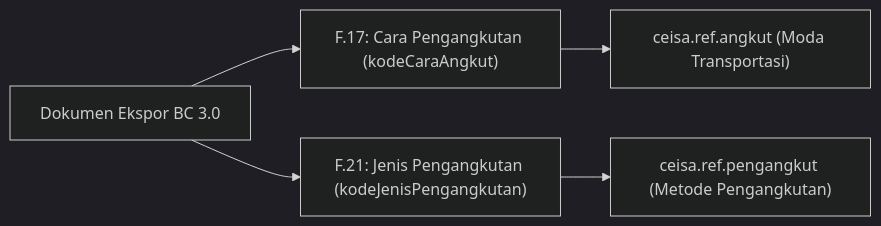
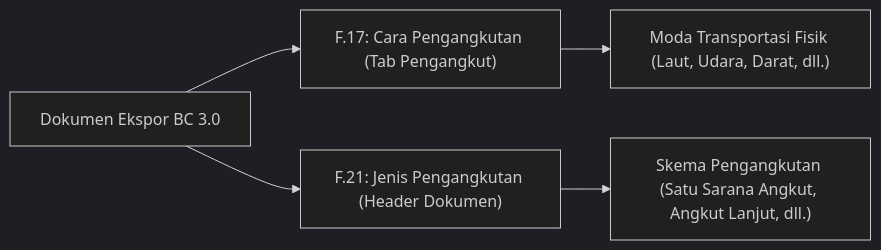
One commit to imamerpi/bzone_docs changed the diagram in id/djbc_ceisa_expor/ketentuan_ekspor_biasa_dan_pkb.md. Above: the diagram before and after it, drawn with Mermaid (dark theme). The commit also changed other lines of this file and 9 other files, not shown here.

````diff
--- a/id/djbc_ceisa_expor/ketentuan_ekspor_biasa_dan_pkb.md
+++ b/id/djbc_ceisa_expor/ketentuan_ekspor_biasa_dan_pkb.md
@@ -64,7 +59,7 @@
 ```mermaid
 graph LR
-    A["Dokumen Ekspor BC 3.0"] --> B["F.17: Cara Pengangkutan (kodeCaraAngkut)"]
-    A --> C["F.21: Jenis Pengangkutan (kodeJenisPengangkutan)"]
-    B --> D["ceisa.ref.angkut (Moda Transportasi)"]
-    C --> E["ceisa.ref.pengangkut (Metode Pengangkutan)"]
+    A["Dokumen Ekspor BC 3.0"] --> B["F.17: Cara Pengangkutan (Tab Pengangkut)"]
+    A --> C["F.21: Jenis Pengangkutan (Header Dokumen)"]
+    B --> D["Moda Transportasi Fisik (Laut, Udara, Darat, dll.)"]
+    C --> E["Skema Pengangkutan (Satu Sarana Angkut, Angkut Lanjut, dll.)"]
 ```
````
